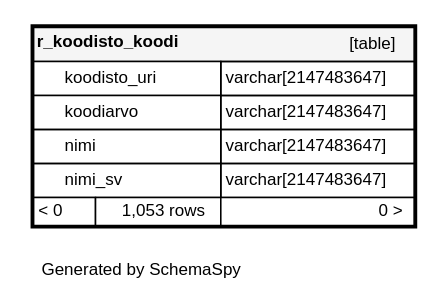
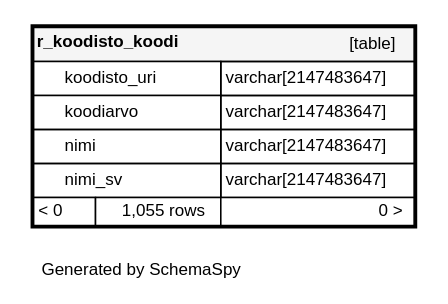
The diagram in documentation/tietokantaskeemat/koski-raportointikanta/diagrams/tables/r_koodisto_koodi.1degree.dot (Opetushallitus/koski), drawn with Graphviz before and after one commit. The commit also changed 133 other files, not shown here.

```diff
--- a/documentation/tietokantaskeemat/koski-raportointikanta/diagrams/tables/r_koodisto_koodi.1degree.dot
+++ b/documentation/tietokantaskeemat/koski-raportointikanta/diagrams/tables/r_koodisto_koodi.1degree.dot
@@ -1,17 +1,17 @@
 digraph "oneDegreeRelationshipsDiagram" {
   graph [    rankdir="RL"    bgcolor="#ffffff"    label="\nGenerated by SchemaSpy"    labeljust="l"    nodesep="0.18"    ranksep="0.46"    fontname="Helvetica"    fontsize="11"    ration="compress"  ];  node [    fontname="Helvetica"    fontsize="11"    shape="plaintext"  ];  edge [    arrowsize="0.8"  ];
   "r_koodisto_koodi" [
    label=<
     <TABLE BORDER="2" CELLBORDER="1" CELLSPACING="0" BGCOLOR="#ffffff">
       <TR><TD COLSPAN="4"  BGCOLOR="#f5f5f5"><TABLE BORDER="0" CELLSPACING="0"><TR><TD ALIGN="LEFT" FIXEDSIZE="TRUE" WIDTH="100" HEIGHT="16"><B>r_koodisto_koodi</B></TD><TD ALIGN="RIGHT">[table]</TD></TR></TABLE></TD></TR>
       <TR><TD PORT="koodisto_uri" COLSPAN="2" BGCOLOR="#ffffff" ALIGN="LEFT"><TABLE BORDER="0" CELLSPACING="0" ALIGN="LEFT"><TR ALIGN="LEFT"><TD ALIGN="LEFT" FIXEDSIZE="TRUE" WIDTH="15" HEIGHT="16"></TD><TD ALIGN="LEFT" FIXEDSIZE="TRUE" WIDTH="100" HEIGHT="16">koodisto_uri</TD></TR></TABLE></TD><TD PORT="koodisto_uri.type" ALIGN="LEFT">varchar[2147483647]</TD></TR>
       <TR><TD PORT="koodiarvo" COLSPAN="2" BGCOLOR="#ffffff" ALIGN="LEFT"><TABLE BORDER="0" CELLSPACING="0" ALIGN="LEFT"><TR ALIGN="LEFT"><TD ALIGN="LEFT" FIXEDSIZE="TRUE" WIDTH="15" HEIGHT="16"></TD><TD ALIGN="LEFT" FIXEDSIZE="TRUE" WIDTH="100" HEIGHT="16">koodiarvo</TD></TR></TABLE></TD><TD PORT="koodiarvo.type" ALIGN="LEFT">varchar[2147483647]</TD></TR>
       <TR><TD PORT="nimi" COLSPAN="2" ALIGN="LEFT"><TABLE BORDER="0" CELLSPACING="0" ALIGN="LEFT"><TR ALIGN="LEFT"><TD ALIGN="LEFT" FIXEDSIZE="TRUE" WIDTH="15" HEIGHT="16"></TD><TD ALIGN="LEFT" FIXEDSIZE="TRUE" WIDTH="100" HEIGHT="16">nimi</TD></TR></TABLE></TD><TD PORT="nimi.type" ALIGN="LEFT">varchar[2147483647]</TD></TR>
       <TR><TD PORT="nimi_sv" COLSPAN="2" ALIGN="LEFT"><TABLE BORDER="0" CELLSPACING="0" ALIGN="LEFT"><TR ALIGN="LEFT"><TD ALIGN="LEFT" FIXEDSIZE="TRUE" WIDTH="15" HEIGHT="16"></TD><TD ALIGN="LEFT" FIXEDSIZE="TRUE" WIDTH="100" HEIGHT="16">nimi_sv</TD></TR></TABLE></TD><TD PORT="nimi_sv.type" ALIGN="LEFT">varchar[2147483647]</TD></TR>
-      <TR><TD ALIGN="LEFT" BGCOLOR="#ffffff">&lt; 0</TD><TD ALIGN="RIGHT" BGCOLOR="#ffffff">1,053 rows</TD><TD ALIGN="RIGHT" BGCOLOR="#ffffff">0 &gt;</TD></TR>
+      <TR><TD ALIGN="LEFT" BGCOLOR="#ffffff">&lt; 0</TD><TD ALIGN="RIGHT" BGCOLOR="#ffffff">1,055 rows</TD><TD ALIGN="RIGHT" BGCOLOR="#ffffff">0 &gt;</TD></TR>
     </TABLE>>
     URL="../../tables/r_koodisto_koodi.html"
     target="_top"
     tooltip="r_koodisto_koodi"
   ];
 }
```
